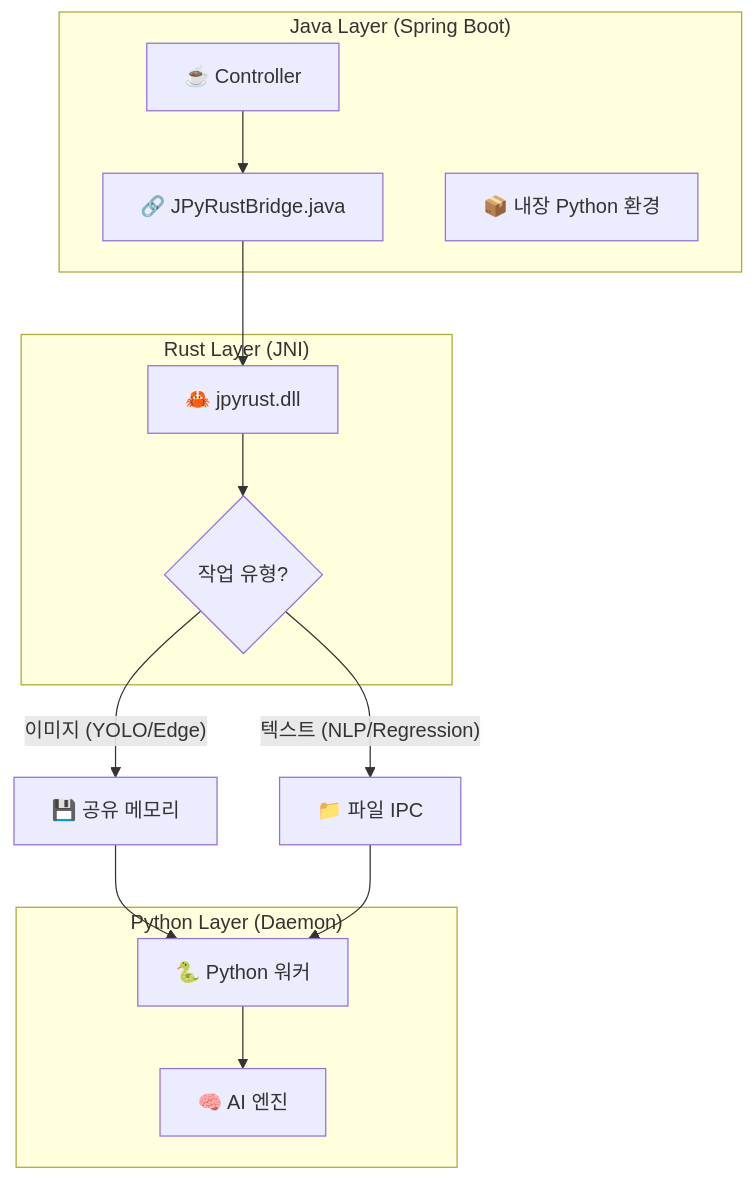
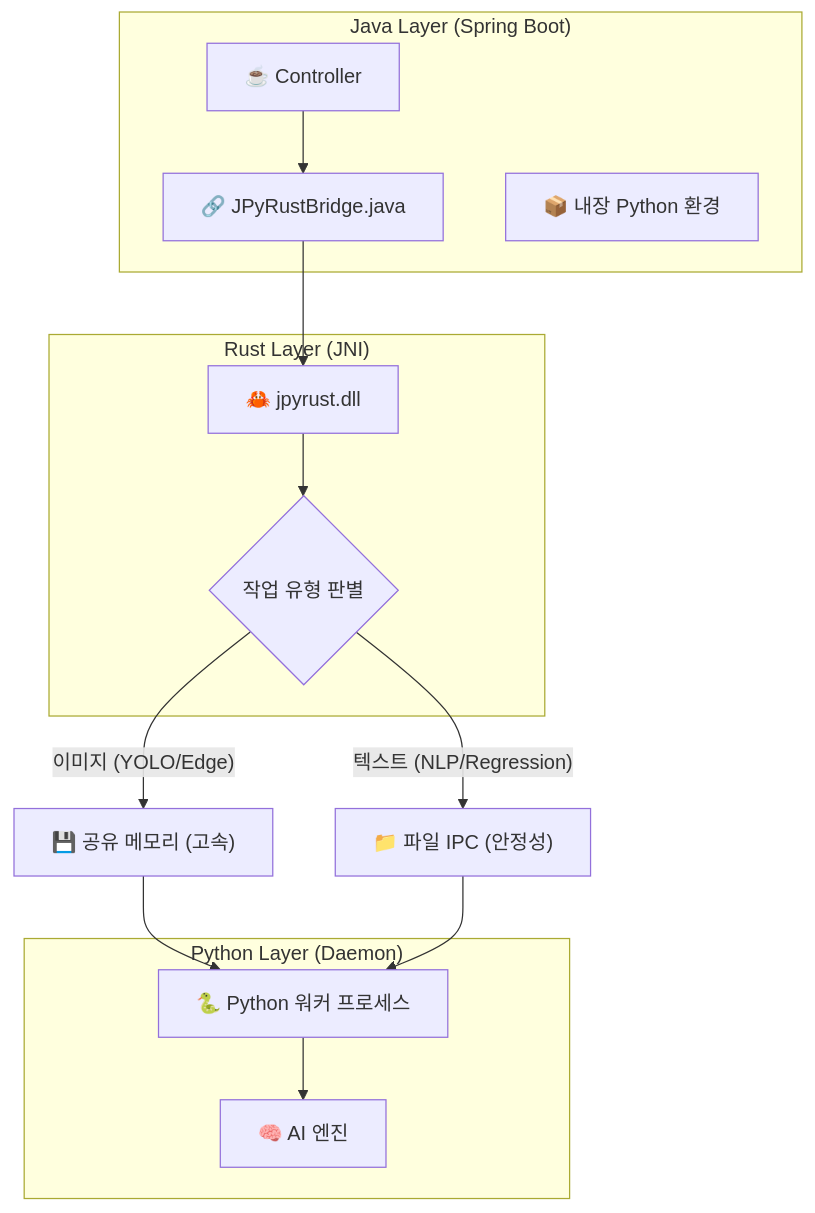
One commit to farmer0010/JPyRust changed the diagram in README_KR.md. Above: the diagram before and after it, drawn with Mermaid. The commit also changed other lines of this file, not shown here.

First line of the commit message:
Enhance README_KR.md with updated IPC details

````diff
--- a/README_KR.md
+++ b/README_KR.md
@@ -66,29 +70,29 @@
 ```mermaid
 graph TD
     subgraph "Java Layer (Spring Boot)"
         Controller["☕ Controller"]
         JavaBridge["🔗 JPyRustBridge.java"]
         Dist["📦 내장 Python 환경"]
     end
 
     subgraph "Rust Layer (JNI)"
         RustBridge["🦀 jpyrust.dll"]
-        IPCSwitch{"작업 유형?"}
+        IPCSwitch{"작업 유형 판별"}
     end
 
     subgraph "Python Layer (Daemon)"
-        Daemon["🐍 Python 워커"]
+        Daemon["🐍 Python 워커 프로세스"]
         Models["🧠 AI 엔진"]
     end
 
     Controller --> JavaBridge
     JavaBridge --> RustBridge
     RustBridge --> IPCSwitch
     
-    IPCSwitch -- "이미지 (YOLO/Edge)" --> RAM_IN["💾 공유 메모리"]
-    IPCSwitch -- "텍스트 (NLP/Regression)" --> FILE_IN["📁 파일 IPC"]
+    IPCSwitch -- "이미지 (YOLO/Edge)" --> RAM_IN["💾 공유 메모리 (고속)"]
+    IPCSwitch -- "텍스트 (NLP/Regression)" --> FILE_IN["📁 파일 IPC (안정성)"]
     
     RAM_IN --> Daemon
     FILE_IN --> Daemon
     Daemon --> Models
 ```
````
